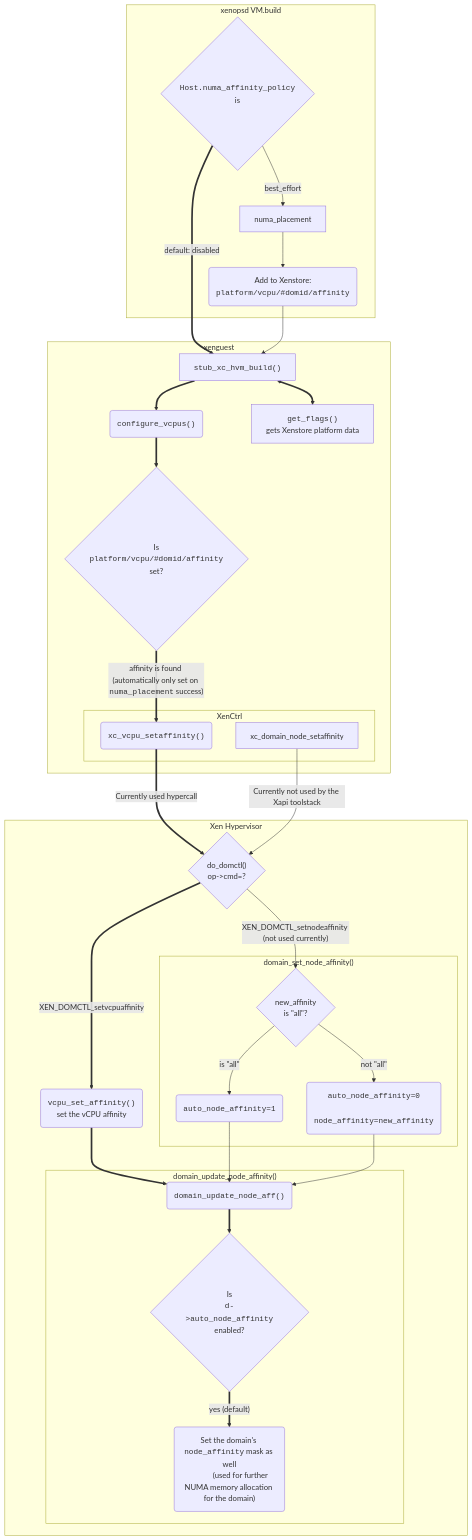
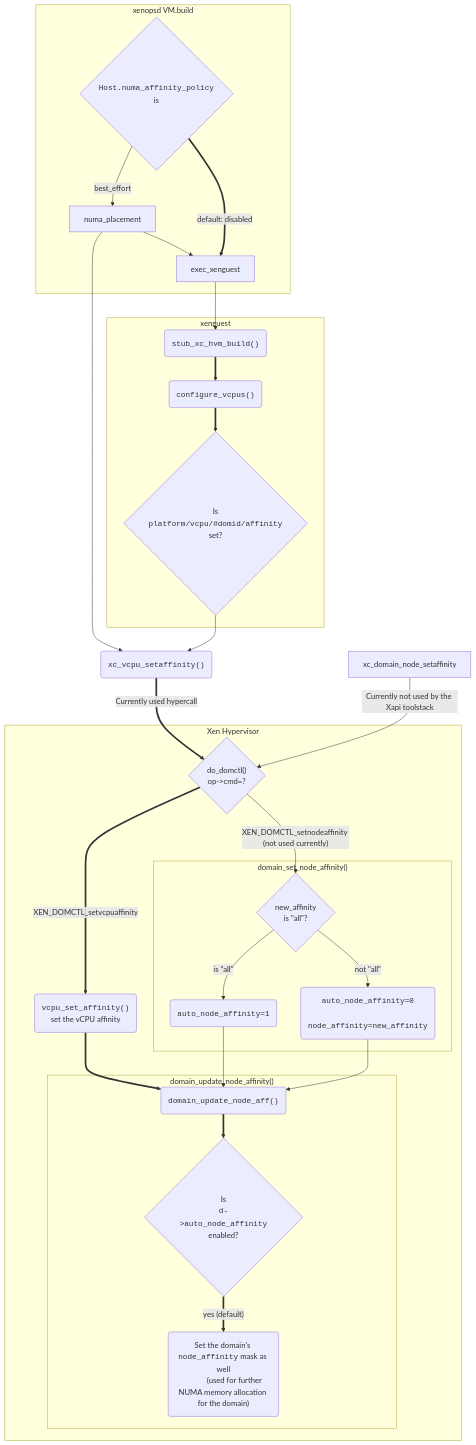
The diagram in doc/content/lib/xenctrl/xc_vcpu_setaffinity-xenopsd.md (xapi-project/xen-api), drawn with Mermaid before and after one commit.

Commit message:
Update to the current situation where numa_placement calls xc_vcpu_setaffinity()

```diff
--- a/doc/content/lib/xenctrl/xc_vcpu_setaffinity-xenopsd.md
+++ b/doc/content/lib/xenctrl/xc_vcpu_setaffinity-xenopsd.md
@@ -8,27 +8,25 @@
 subgraph xenopsd["xenopsd VM.build"]
 
 Host.numa_affinity_policy{<tt>Host.numa_affinity_policy</tt><br>is}
-    --best_effort-->numa_placement-->XenStore
+    --best_effort-->numa_placement-->exec_xenguest
+Host.numa_affinity_policy=="default: disabled"==>exec_xenguest
 end
 
 subgraph xenguest
-Host.numa_affinity_policy=="default: disabled"==>stub_xc_hvm_build
-XenStore(Add to Xenstore:<br><tt>platform/vcpu/#domid/affinity</tt>)-->
+stub_xc_hvm_build
+exec_xenguest-->stub_xc_hvm_build
     stub_xc_hvm_build("<tt>stub_xc_hvm_build()")
     ==> configure_vcpus("<tT>configure_vcpus()")
         ==> affinity_set{"Is<br><tt>platform/vcpu/#domid/affinity</tt><br>set?"}
-            =="affinity is found (automatically only set on <tt>numa_placement</tt> success)"==>
-                xc_vcpu_setaffinity("<tt>xc_vcpu_setaffinity()")
+            %%=="affinity is found (automatically only set on <tt>numa_placement</tt> success)"
 
-    stub_xc_hvm_build["<tt>stub_xc_hvm_build()"]
-        <==> get_flags["<tt>get_flags()</tt><br>gets Xenstore platform data"]
+    %% stub_xc_hvm_build["<tt>stub_xc_hvm_build()"]
+    %%    <==> get_flags["<tt>get_flags()</tt><br>gets Xenstore platform data"]
 
-    subgraph xenctrl[XenCtrl]
-        xc_vcpu_setaffinity
-        xc_domain_node_setaffinity
-    end
 end
 
+numa_placement & affinity_set-->xc_vcpu_setaffinity("<tt>xc_vcpu_setaffinity()")
+%% affinity_set-->xc_vcpu_setaffinity
 xc_vcpu_setaffinity ==Currently used hypercall==> do_domctl
 xc_domain_node_setaffinity --Currently not used by the Xapi toolstack--> do_domctl
 
```
